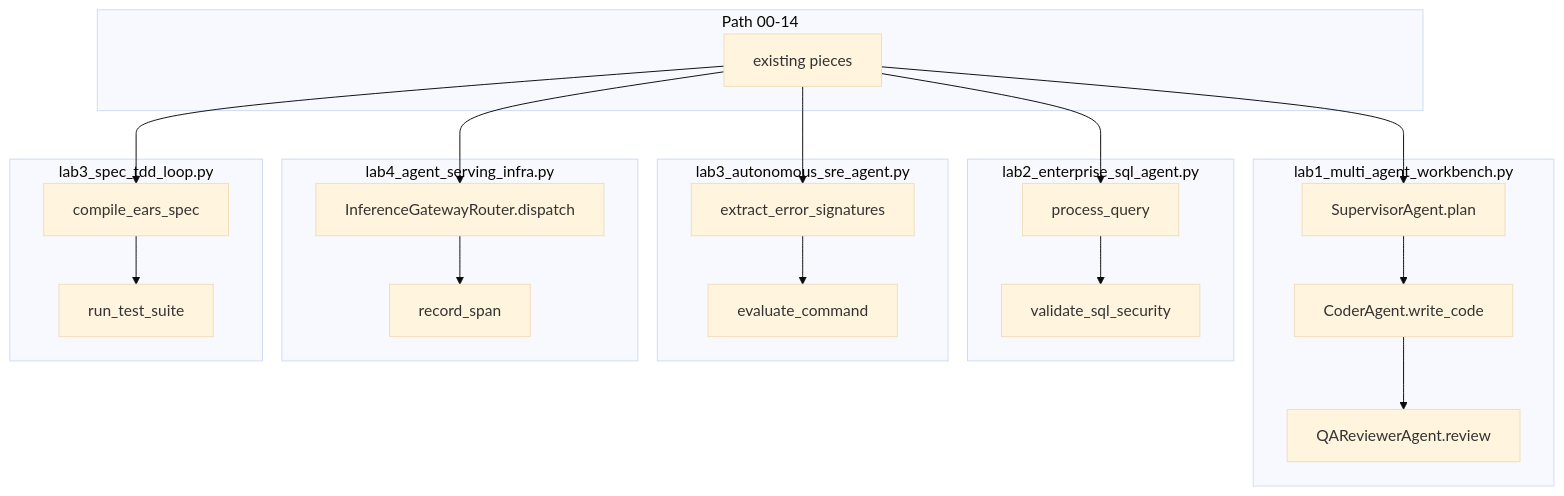
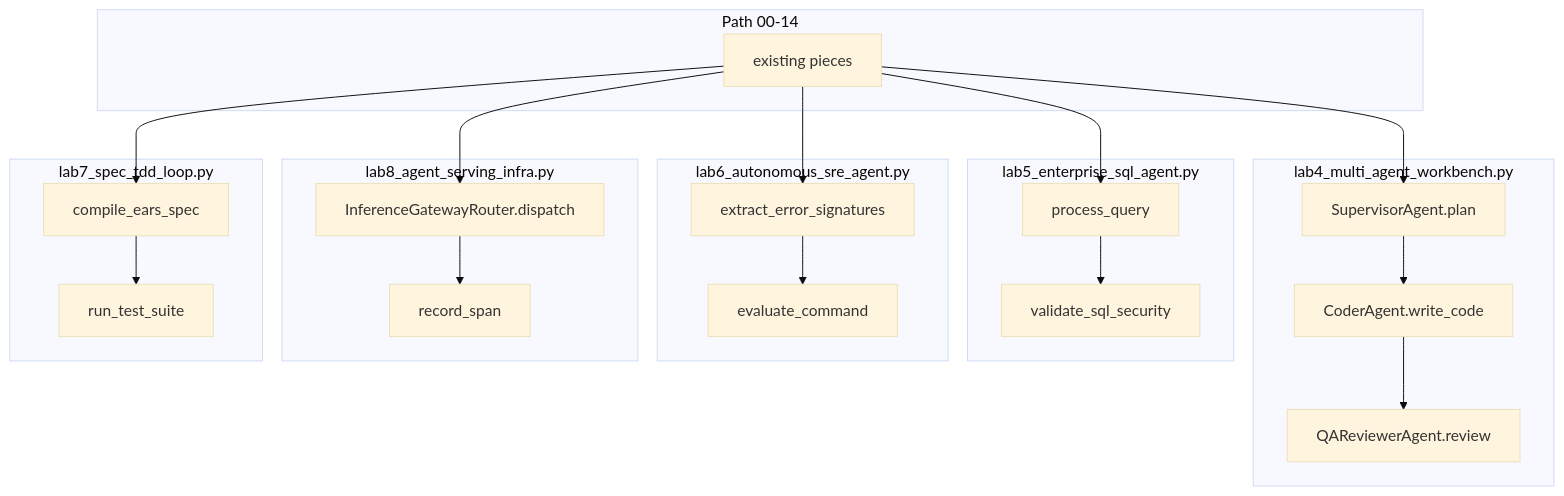
Before and after one commit to jacobbweber/AgenticAI-Labs: the diagram in education/15_synthesis/01_project_blueprints.md, drawn with Mermaid (base theme). The commit also changed other lines of this file and 1 other file, not shown here.

Commit message:
Update chapter 15 module Lab links after renumber

````diff
--- a/education/15_synthesis/01_project_blueprints.md
+++ b/education/15_synthesis/01_project_blueprints.md
@@ -43,37 +43,37 @@
 ```mermaid
 flowchart TD
     subgraph bp_path [Path 00-14]
         P["existing pieces"]
     end
-    subgraph bp_wb [lab1_multi_agent_workbench.py]
+    subgraph bp_wb [lab4_multi_agent_workbench.py]
         SUP["SupervisorAgent.plan"]
         COD["CoderAgent.write_code"]
         QA["QAReviewerAgent.review"]
     end
-    subgraph bp_sql [lab2_enterprise_sql_agent.py]
+    subgraph bp_sql [lab5_enterprise_sql_agent.py]
         SQL["process_query"]
         SEC["validate_sql_security"]
     end
-    subgraph bp_sre [lab3_autonomous_sre_agent.py]
+    subgraph bp_sre [lab6_autonomous_sre_agent.py]
         TRI["extract_error_signatures"]
         GATE["evaluate_command"]
     end
-    subgraph bp_srv [lab4_agent_serving_infra.py]
+    subgraph bp_srv [lab8_agent_serving_infra.py]
         GW["InferenceGatewayRouter.dispatch"]
         SPAN["record_span"]
     end
-    subgraph bp_tdd [lab3_spec_tdd_loop.py]
+    subgraph bp_tdd [lab7_spec_tdd_loop.py]
         EARS["compile_ears_spec"]
         TEST["run_test_suite"]
     end
     P --> SUP
     P --> SQL
     P --> TRI
     P --> GW
     P --> EARS
     SUP --> COD --> QA
     SQL --> SEC
     TRI --> GATE
     GW --> SPAN
     EARS --> TEST
 ```
````
